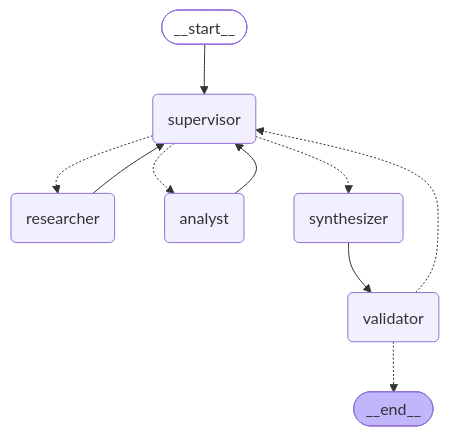
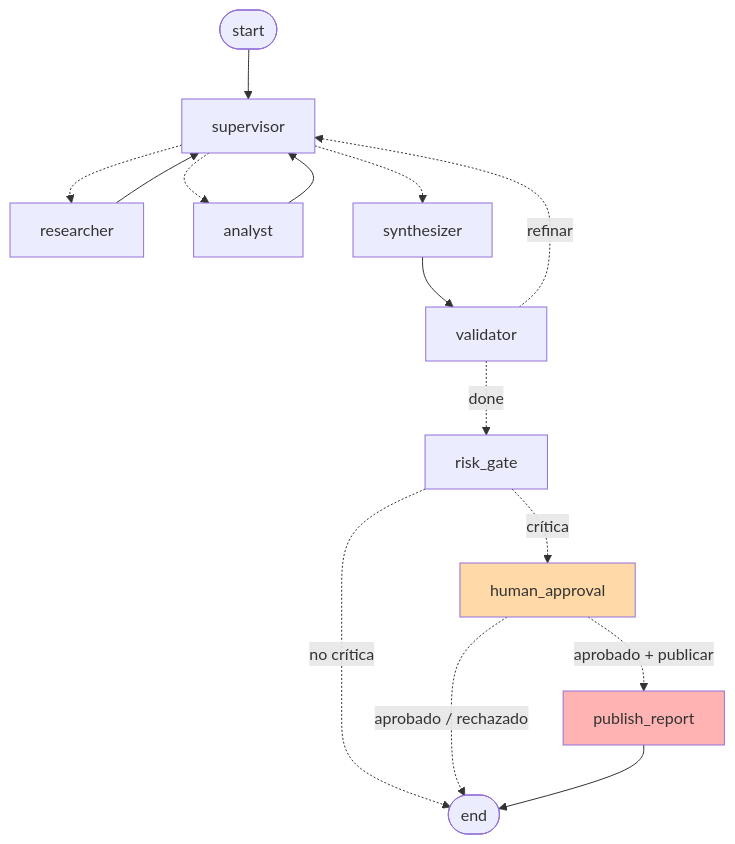
One commit to ararrojas/orquestador_multi_agente_especializado changed the diagram in README.md. Above: the diagram before and after it, drawn with Mermaid. The commit also changed other lines of this file and 20 other files, not shown here.

````diff
--- a/README.md
+++ b/README.md
@@ -9,22 +28,19 @@
 ```mermaid
 graph TD;
-	__start__([<p>__start__</p>]):::first
-	supervisor(supervisor)
-	researcher(researcher)
-	analyst(analyst)
-	synthesizer(synthesizer)
-	validator(validator)
-	__end__([<p>__end__</p>]):::last
-	__start__ --> supervisor;
+	__start__([start]) --> supervisor;
+	supervisor -.-> researcher;
+	supervisor -.-> analyst;
+	supervisor -.-> synthesizer;
+	researcher --> supervisor;
 	analyst --> supervisor;
-	researcher --> supervisor;
-	supervisor -.-> analyst;
-	supervisor -.-> researcher;
-	supervisor -.-> synthesizer;
 	synthesizer --> validator;
-	validator -.-> __end__;
-	validator -.-> supervisor;
-	classDef default fill:#f2f0ff,line-height:1.2
-	classDef first fill-opacity:0
-	classDef last fill:#bfb6fc
+	validator -.->|refinar| supervisor;
+	validator -.->|done| risk_gate;
+	risk_gate -.->|no crítica| __end__([end]);
+	risk_gate -.->|crítica| human_approval;
+	human_approval -.->|aprobado + publicar| publish_report;
+	human_approval -.->|aprobado / rechazado| __end__;
+	publish_report --> __end__;
+	style human_approval fill:#ffd9a8
+	style publish_report fill:#ffb3b3
 ```
````
